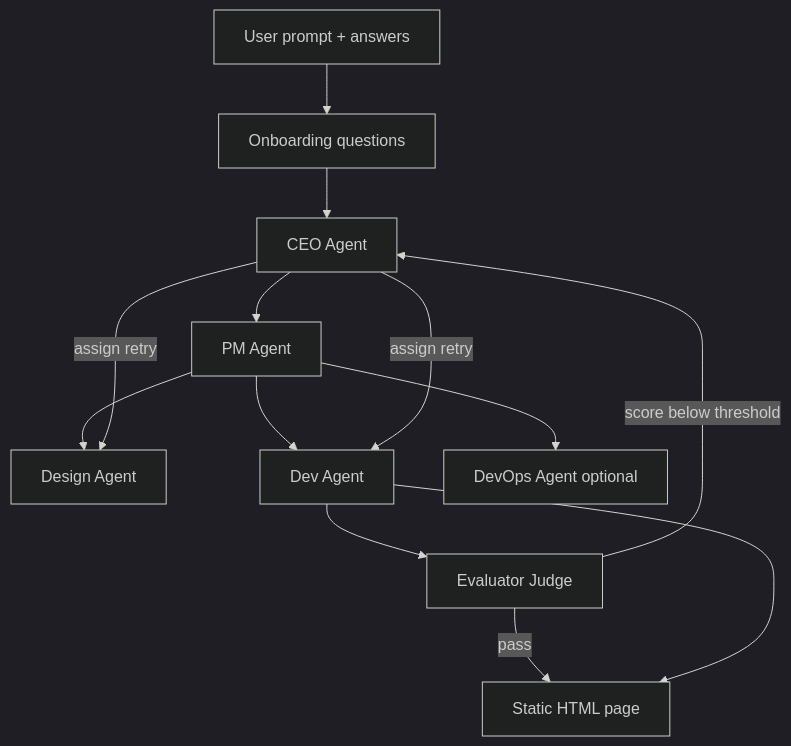
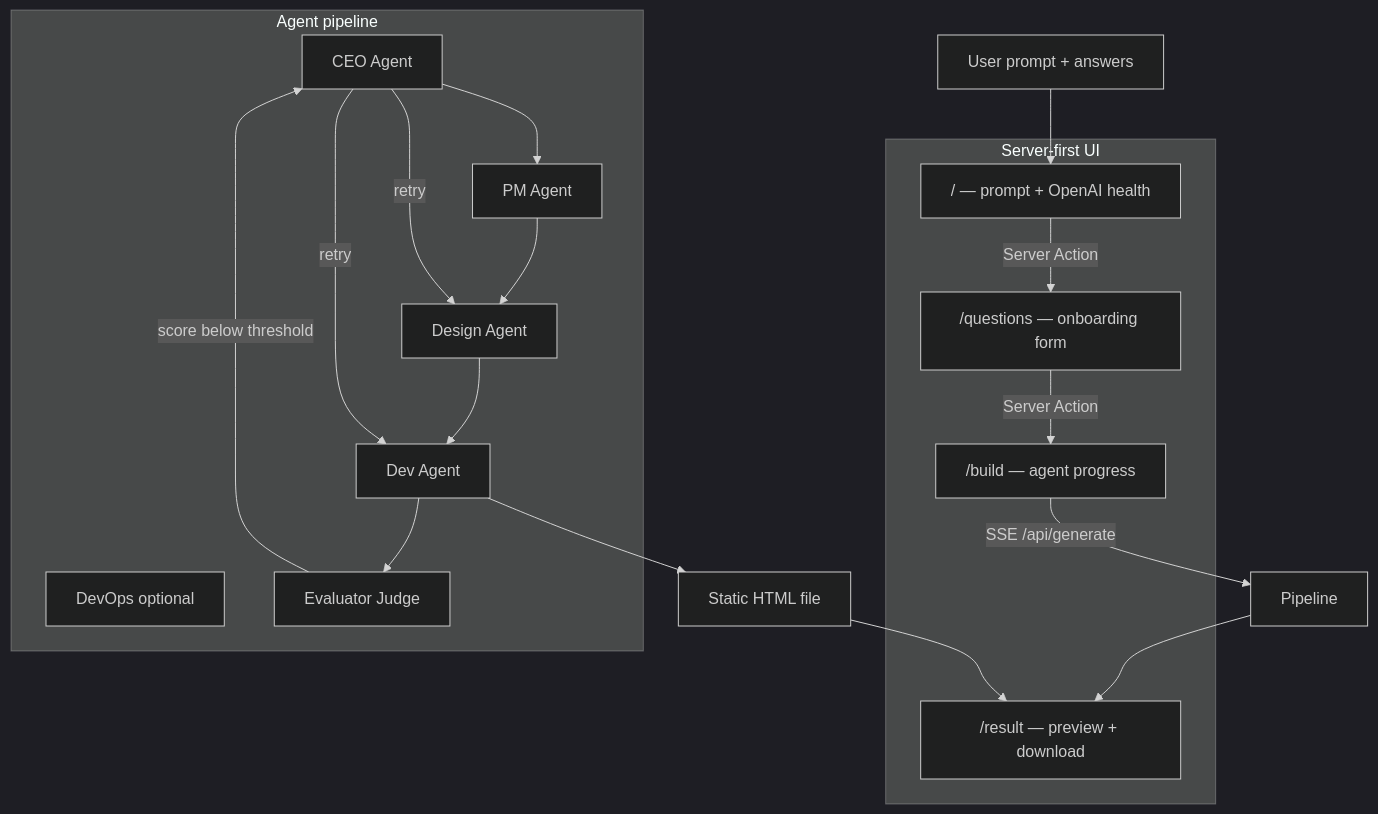
One commit to AkshatParikh16/Agentic-Landing-Page-Builder-WeaveHacks-4- changed the diagram in README.md. Above: the diagram before and after it, drawn with Mermaid (dark theme). The commit also changed other lines of this file, not shown here.

Commit message:
Update README with latest architecture, routes, and troubleshooting

````diff
--- a/README.md
+++ b/README.md
@@ -7,15 +9,31 @@
 ```mermaid
 flowchart TB
-  User[User prompt + answers] --> Onboard[Onboarding questions]
-  Onboard --> CEO[CEO Agent]
-  CEO --> PM[PM Agent]
-  PM --> Design[Design Agent]
-  PM --> Dev[Dev Agent]
-  PM --> DevOps[DevOps Agent optional]
-  Dev --> Eval[Evaluator Judge]
+  subgraph ui [Server-first UI]
+    Home["/ — prompt + OpenAI health"]
+    Questions["/questions — onboarding form"]
+    Build["/build — agent progress"]
+    Result["/result — preview + download"]
+  end
+
+  User[User prompt + answers] --> Home
+  Home -->|Server Action| Questions
+  Questions -->|Server Action| Build
+  Build -->|SSE /api/generate| Pipeline
+  Pipeline --> Result
+
+  subgraph pipeline [Agent pipeline]
+    CEO[CEO Agent]
+    PM[PM Agent]
+    Design[Design Agent]
+    Dev[Dev Agent]
+    DevOps[DevOps optional]
+    Eval[Evaluator Judge]
+  end
+
+  CEO --> PM --> Design --> Dev --> Eval
   Eval -->|score below threshold| CEO
-  CEO -->|assign retry| Design
-  CEO -->|assign retry| Dev
-  Eval -->|pass| HTML[Static HTML page]
-  Dev --> HTML
+  CEO -->|retry| Design
+  CEO -->|retry| Dev
+  Dev --> HTML[Static HTML file]
+  HTML --> Result
 ```
````
